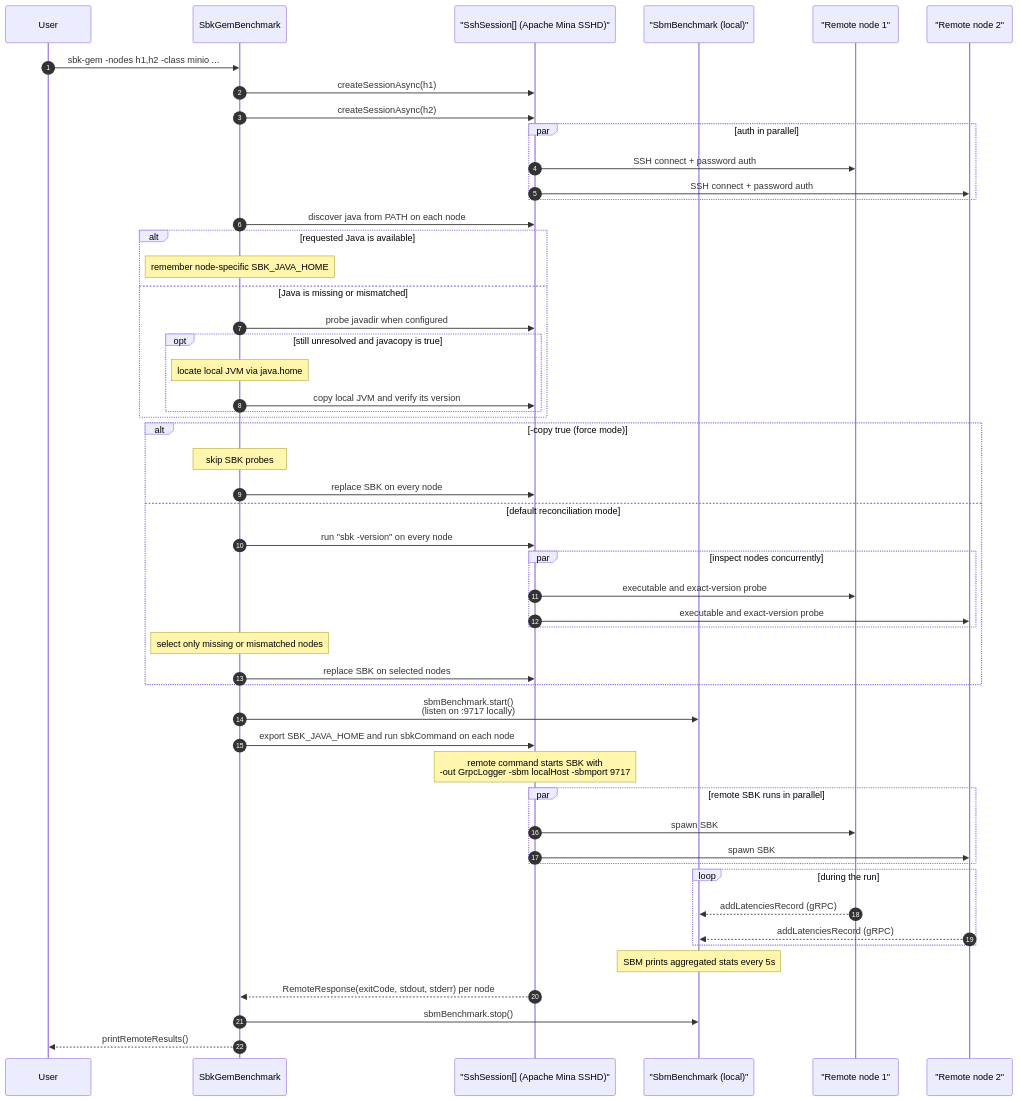
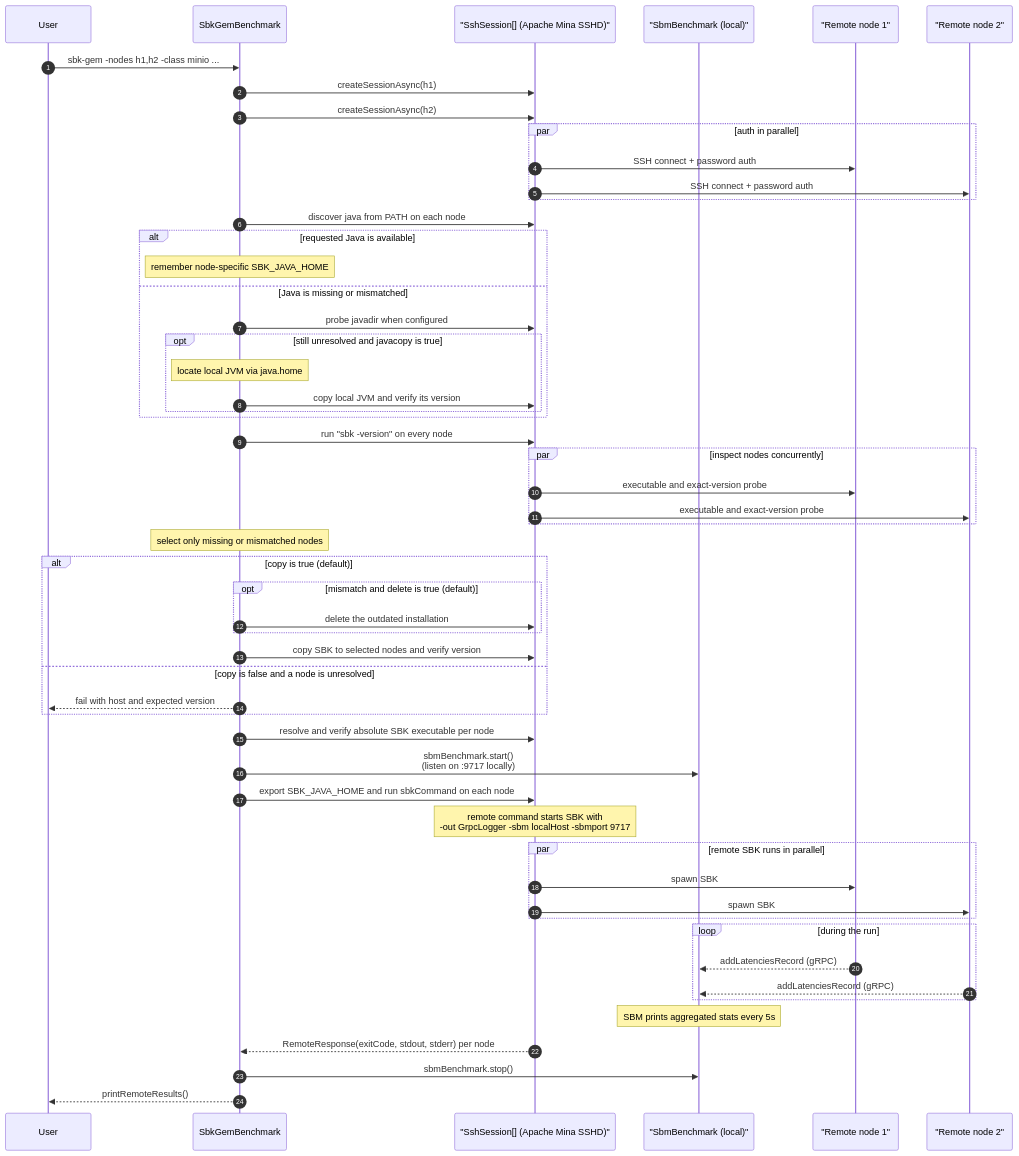
Diagram 23 of 36 in docs/sbk-internals.md (kmgowda/SBK), drawn with Mermaid before and after one commit. The commit also changed other lines of this file and 13 other files, not shown here.

Commit message:
Improve SBK-GEM deployment option handling

````diff
--- a/docs/sbk-internals.md
+++ b/docs/sbk-internals.md
@@ -1676,63 +1676,67 @@
 ```mermaid
 sequenceDiagram
     autonumber
     participant User
     participant GEM as SbkGemBenchmark
     participant SSH as "SshSession[] (Apache Mina SSHD)"
     participant SBM as "SbmBenchmark (local)"
     participant N1 as "Remote node 1"
     participant N2 as "Remote node 2"
 
     User->>GEM: sbk-gem -nodes h1,h2 -class minio ...
     GEM->>SSH: createSessionAsync(h1)
     GEM->>SSH: createSessionAsync(h2)
     par auth in parallel
         SSH->>N1: SSH connect + password auth
         SSH->>N2: SSH connect + password auth
     end
 
     GEM->>SSH: discover java from PATH on each node
     alt requested Java is available
         Note over GEM: remember node-specific SBK_JAVA_HOME
     else Java is missing or mismatched
         GEM->>SSH: probe javadir when configured
         opt still unresolved and javacopy is true
             Note over GEM: locate local JVM via java.home
             GEM->>SSH: copy local JVM and verify its version
         end
     end
 
-    alt -copy true (force mode)
-        Note over GEM: skip SBK probes
-        GEM->>SSH: replace SBK on every node
-    else default reconciliation mode
-        GEM->>SSH: run "sbk -version" on every node
-        par inspect nodes concurrently
-            SSH->>N1: executable and exact-version probe
-            SSH->>N2: executable and exact-version probe
+    GEM->>SSH: run "sbk -version" on every node
+    par inspect nodes concurrently
+        SSH->>N1: executable and exact-version probe
+        SSH->>N2: executable and exact-version probe
+    end
+    Note over GEM: select only missing or mismatched nodes
+    alt copy is true (default)
+        opt mismatch and delete is true (default)
+            GEM->>SSH: delete the outdated installation
         end
-        Note over GEM: select only missing or mismatched nodes
-        GEM->>SSH: replace SBK on selected nodes
+        GEM->>SSH: copy SBK to selected nodes and verify version
+    else copy is false and a node is unresolved
+        GEM-->>User: fail with host and expected version
     end
+
+    GEM->>SSH: resolve and verify absolute SBK executable per node
 
     GEM->>SBM: sbmBenchmark.start()<br/>(listen on :9717 locally)
 
     GEM->>SSH: export SBK_JAVA_HOME and run sbkCommand on each node
     Note over SSH: remote command starts SBK with<br/>-out GrpcLogger -sbm localHost -sbmport 9717
 
     par remote SBK runs in parallel
         SSH->>N1: spawn SBK
         SSH->>N2: spawn SBK
     end
 
     loop during the run
         N1-->>SBM: addLatenciesRecord (gRPC)
         N2-->>SBM: addLatenciesRecord (gRPC)
     end
 
     Note over SBM: SBM prints aggregated stats every 5s
 
     SSH-->>GEM: RemoteResponse(exitCode, stdout, stderr) per node
     GEM->>SBM: sbmBenchmark.stop()
 GEM-->>User: printRemoteResults()
 ```
````
